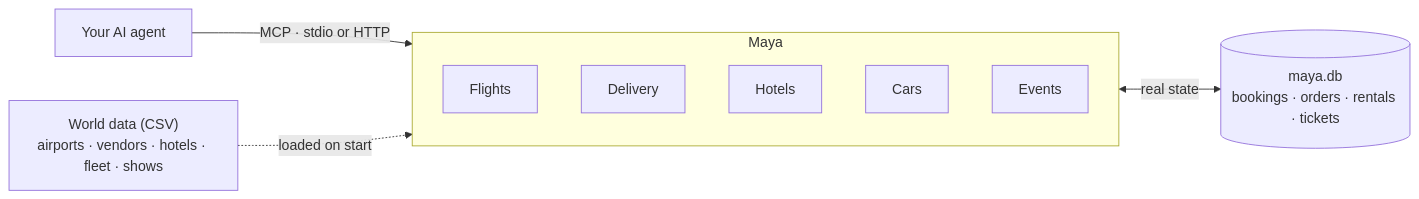
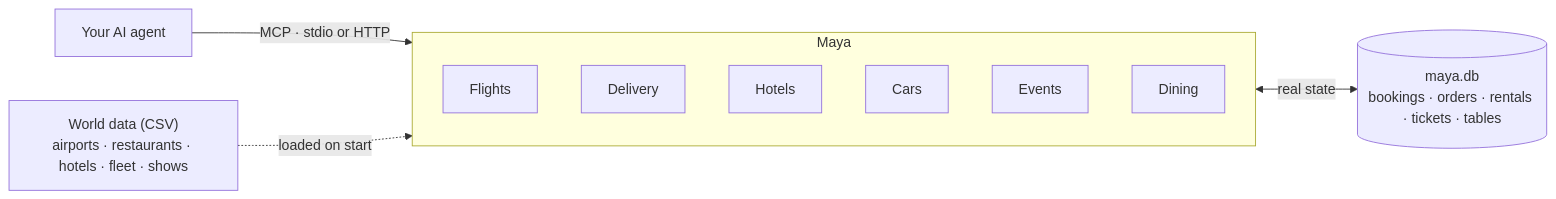
One commit to shvinn/maya changed the diagram in README.md. Above: the diagram before and after it, drawn with Mermaid. The commit also changed other lines of this file and 28 other files, not shown here.

First line of the commit message:
Share restaurants across delivery and a new dining domain (#16)

````diff
--- a/README.md
+++ b/README.md
@@ -45,15 +49,16 @@
 ```mermaid
 flowchart LR
     agent["Your AI agent"] -->|"MCP · stdio or HTTP"| maya
 
     subgraph maya["Maya"]
         flights["Flights"]
         delivery["Delivery"]
         hotels["Hotels"]
         cars["Cars"]
         events["Events"]
+        dining["Dining"]
     end
 
-    csv["World data (CSV)<br/>airports · vendors · hotels · fleet · shows"] -.->|"loaded on start"| maya
-    maya <-->|"real state"| db[("maya.db<br/>bookings · orders · rentals · tickets")]
+    csv["World data (CSV)<br/>airports · restaurants · hotels · fleet · shows"] -.->|"loaded on start"| maya
+    maya <-->|"real state"| db[("maya.db<br/>bookings · orders · rentals · tickets · tables")]
 ```
````
